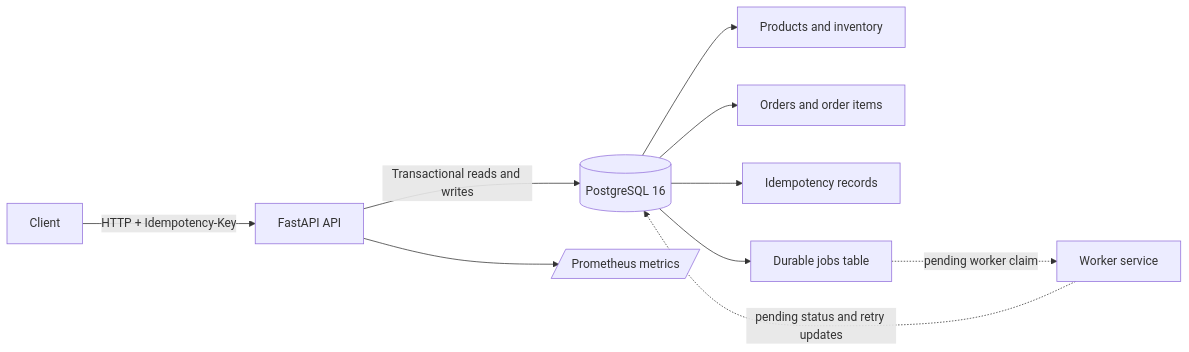
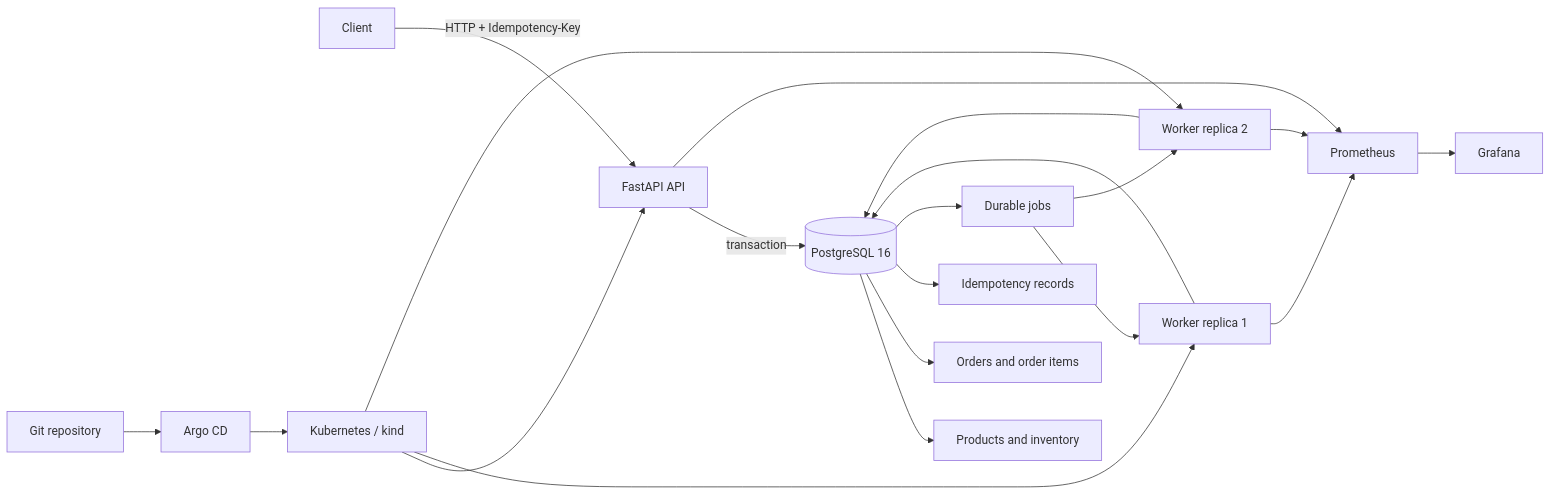
The diagram in README.md (BenjaminGERARD2006/FULFILLOPS), drawn with Mermaid before and after one commit. The commit also changed other lines of this file and 1 other file, not shown here.

Commit message:
docs: refresh complete project README and architecture

````diff
--- a/README.md
+++ b/README.md
@@ -60,12 +28,22 @@
 ```mermaid
 flowchart LR
-    Client[Client] -->|HTTP + Idempotency-Key| API[FastAPI API]
-    API -->|Transactional reads and writes| DB[(PostgreSQL 16)]
-    DB --> P[Products and inventory]
-    DB --> O[Orders and order items]
-    DB --> I[Idempotency records]
-    DB --> J[Durable jobs table]
-    J -. pending worker claim .-> W[Worker service]
-    W -. pending status and retry updates .-> DB
-    API --> M[/Prometheus metrics/]
+    C[Client] -->|HTTP + Idempotency-Key| A[FastAPI API]
+    A -->|transaction| P[(PostgreSQL 16)]
+    P --> PR[Products and inventory]
+    P --> O[Orders and order items]
+    P --> I[Idempotency records]
+    P --> J[Durable jobs]
+    J --> W1[Worker replica 1]
+    J --> W2[Worker replica 2]
+    W1 --> P
+    W2 --> P
+    A --> M[Prometheus]
+    W1 --> M
+    W2 --> M
+    M --> G[Grafana]
+    Git[Git repository] --> Argo[Argo CD]
+    Argo --> K8s[Kubernetes / kind]
+    K8s --> A
+    K8s --> W1
+    K8s --> W2
 ```
````
